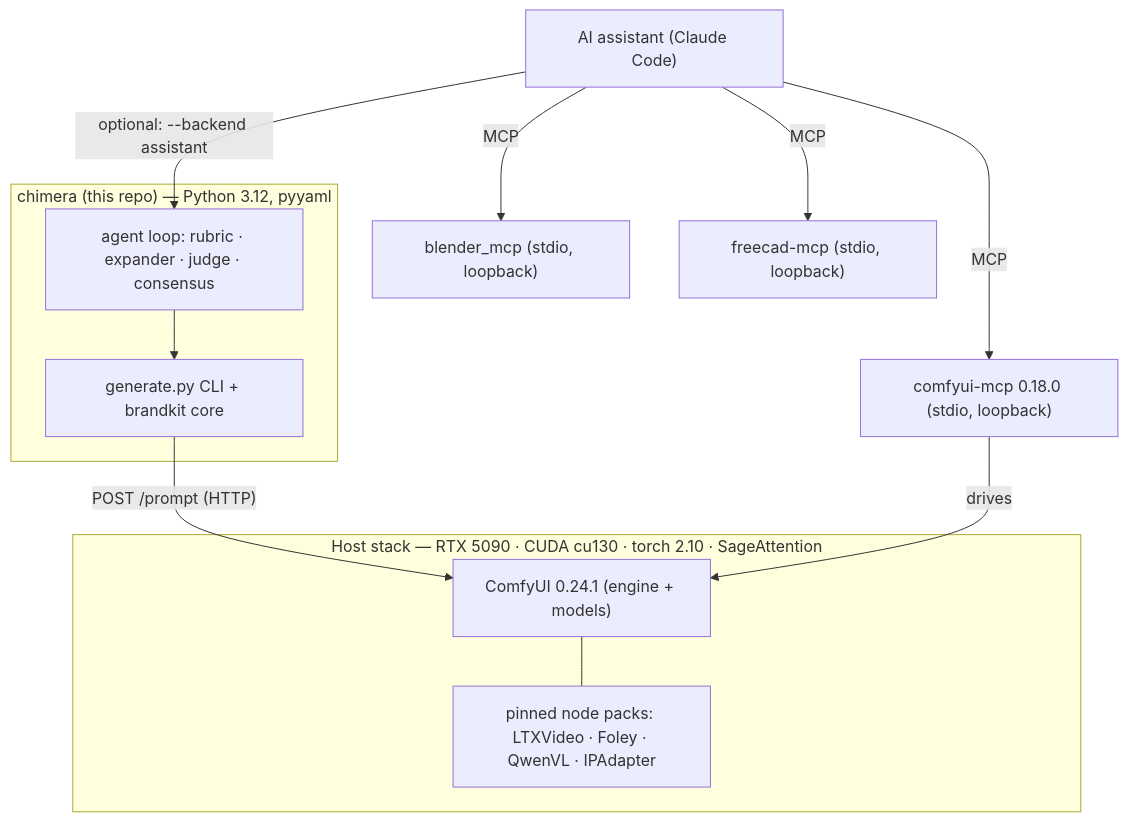
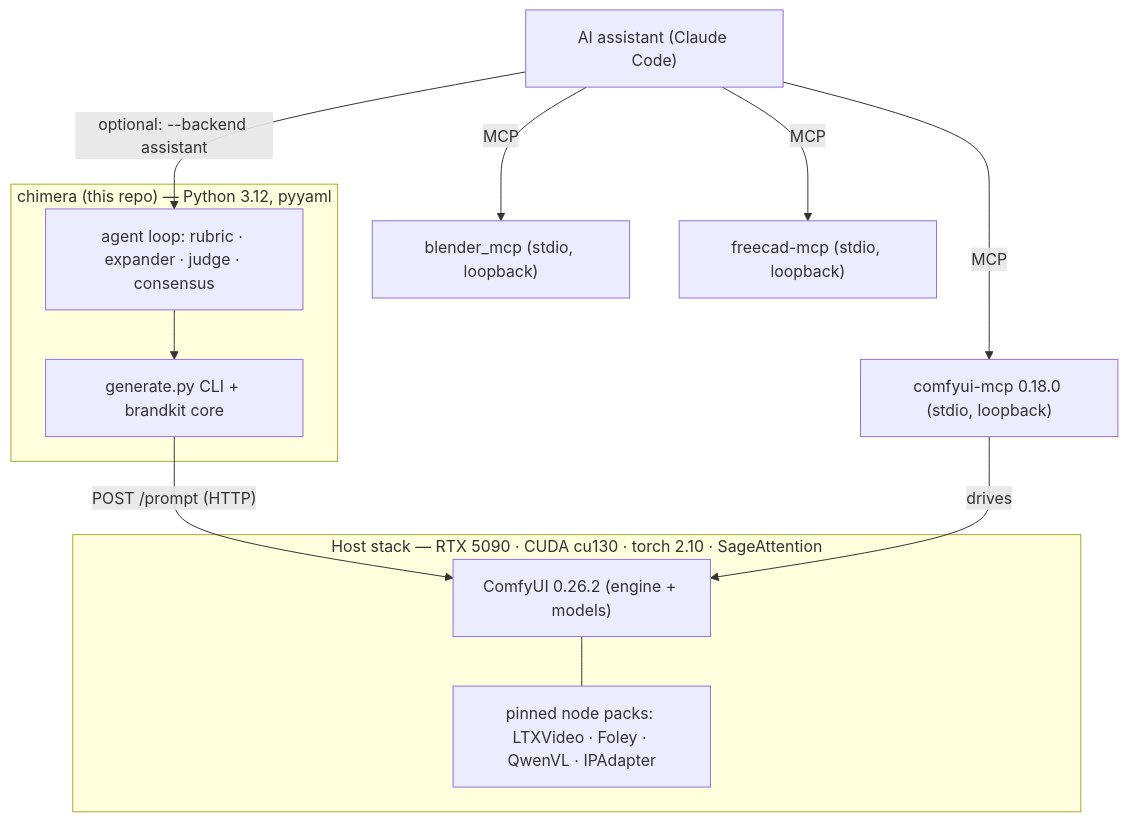
One commit to whartons/Chimera changed the diagram in docs/STACK.md. Above: the diagram before and after it, drawn with Mermaid. The commit also changed other lines of this file and 26 other files, not shown here.

````diff
--- a/docs/STACK.md
+++ b/docs/STACK.md
@@ -12,22 +12,22 @@
 ```mermaid
 flowchart TD
     subgraph host["Host stack — RTX 5090 · CUDA cu130 · torch 2.10 · SageAttention"]
-        comfy["ComfyUI 0.24.1 (engine + models)"]
+        comfy["ComfyUI 0.26.2 (engine + models)"]
         packs["pinned node packs: LTXVideo · Foley · QwenVL · IPAdapter"]
         comfy --- packs
     end
     subgraph chimera["chimera (this repo) — Python 3.12, pyyaml"]
         cli["generate.py CLI + brandkit core"]
         agent["agent loop: rubric · expander · judge · consensus"]
     end
     mcp["comfyui-mcp 0.18.0 (stdio, loopback)"]
     cli -->|"POST /prompt (HTTP)"| comfy
     agent --> cli
     mcp -->|drives| comfy
     assistant["AI assistant (Claude Code)"] -->|MCP| mcp
     blender["blender_mcp (stdio, loopback)"]
     freecad["freecad-mcp (stdio, loopback)"]
     assistant -->|MCP| blender
     assistant -->|MCP| freecad
     assistant -->|"optional: --backend assistant"| agent
 ```
````
